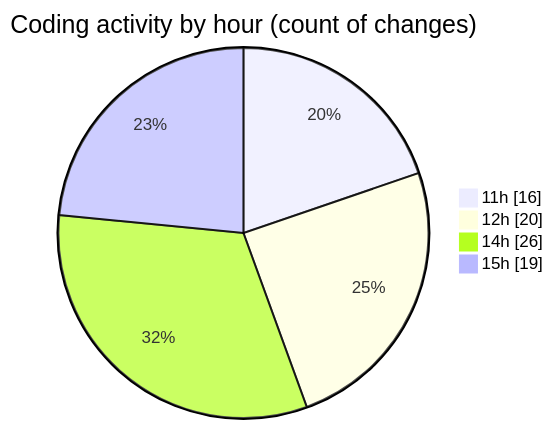
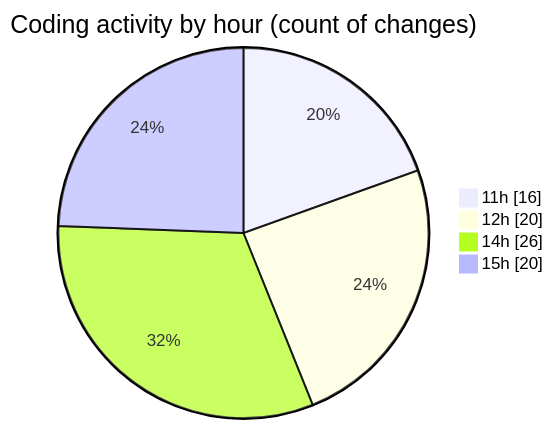
Before and after one commit to Netris89/code-tracking: the second of 2 diagrams in 2025-03-26/back-end/README.md, drawn with Mermaid. The commit also changed other lines of this file and 1 other file, not shown here.

````diff
--- a/2025-03-26/back-end/README.md
+++ b/2025-03-26/back-end/README.md
@@ -57,8 +57,8 @@
 ```mermaid
 pie showData
 title Coding activity by hour (count of changes)
 "11h" : 16
 "12h" : 20
 "14h" : 26
-"15h" : 19
+"15h" : 20
 ```
````
